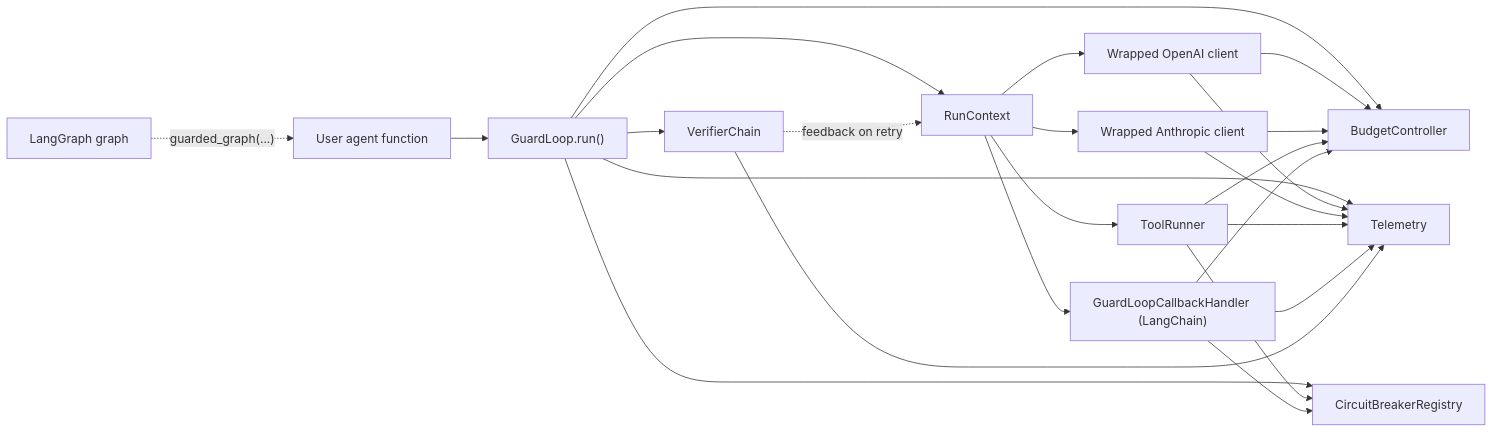
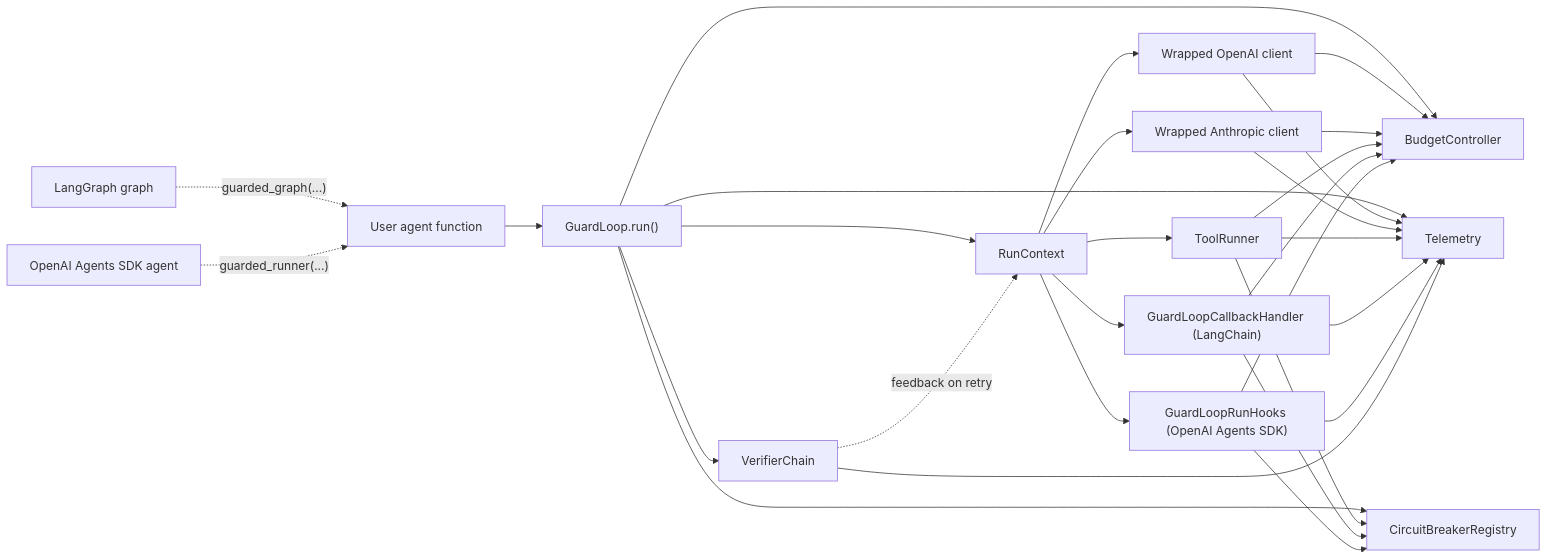
One commit to awesome-pro/guardloop changed the diagram in docs/project-overview.md. Above: the diagram before and after it, drawn with Mermaid. The commit also changed other lines of this file and 13 other files, not shown here.

````diff
--- a/docs/project-overview.md
+++ b/docs/project-overview.md
@@ -383,26 +424,31 @@
 ```mermaid
 flowchart LR
     LG["LangGraph graph"] -. "guarded_graph(...)" .-> A
+    OA["OpenAI Agents SDK agent"] -. "guarded_runner(...)" .-> A
     A["User agent function"] --> R["GuardLoop.run()"]
     R --> C["RunContext"]
     R --> B["BudgetController"]
     R --> CB["CircuitBreakerRegistry"]
     R --> V["VerifierChain"]
     R --> T["Telemetry"]
     C --> O["Wrapped OpenAI client"]
     C --> AN["Wrapped Anthropic client"]
     C --> TO["ToolRunner"]
     C --> H["GuardLoopCallbackHandler (LangChain)"]
+    C --> RH["GuardLoopRunHooks (OpenAI Agents SDK)"]
     O --> B
     AN --> B
     TO --> B
     TO --> CB
     H --> B
     H --> CB
+    RH --> B
+    RH --> CB
     O --> T
     AN --> T
     TO --> T
     H --> T
+    RH --> T
     V --> T
     V -. "feedback on retry" .-> C
 ```
````
